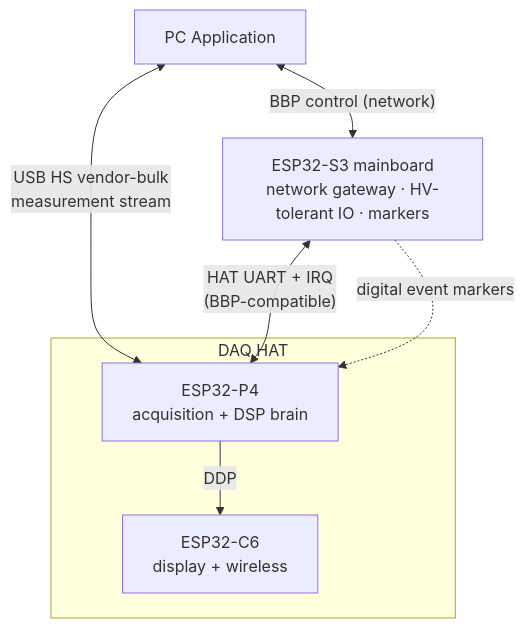
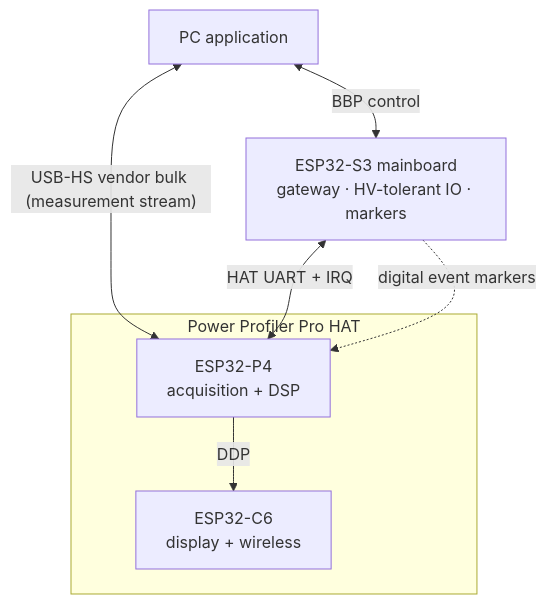
One commit to lollokara/BugBuster changed the first of 4 diagrams in Firmware/DAQ_HAT/README.md. Above: the diagram before and after it, drawn with Mermaid. The commit also changed other lines of this file and 61 other files, not shown here.

````diff
--- a/Firmware/DAQ_HAT/README.md
+++ b/Firmware/DAQ_HAT/README.md
@@ -33,15 +29,15 @@
 ```mermaid
 flowchart TB
-    PC["PC Application"]
-    subgraph HAT["DAQ HAT"]
-        P4["ESP32-P4<br/>acquisition + DSP brain"]
+    PC["PC application"]
+    subgraph HAT["Power Profiler Pro HAT"]
+        P4["ESP32-P4<br/>acquisition + DSP"]
         C6["ESP32-C6<br/>display + wireless"]
     end
-    S3["ESP32-S3 mainboard<br/>network gateway · HV-tolerant IO · markers"]
+    S3["ESP32-S3 mainboard<br/>gateway · HV-tolerant IO · markers"]
 
-    PC <-->|"USB HS vendor-bulk<br/>measurement stream"| P4
-    PC <-->|"BBP control (network)"| S3
-    S3 <-->|"HAT UART + IRQ<br/>(BBP-compatible)"| P4
+    PC <-->|"USB-HS vendor bulk (measurement stream)"| P4
+    PC <-->|"BBP control"| S3
+    S3 <-->|"HAT UART + IRQ"| P4
     P4 -->|"DDP"| C6
     S3 -.->|"digital event markers"| P4
 ```
````
